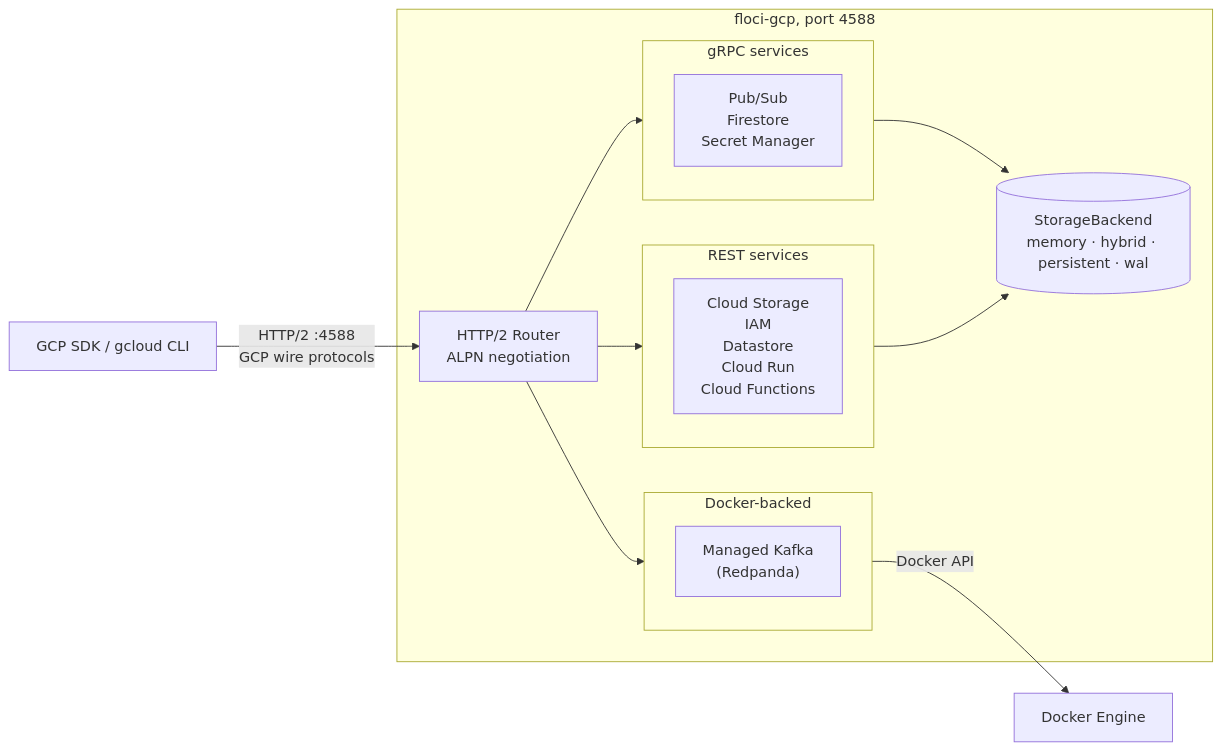
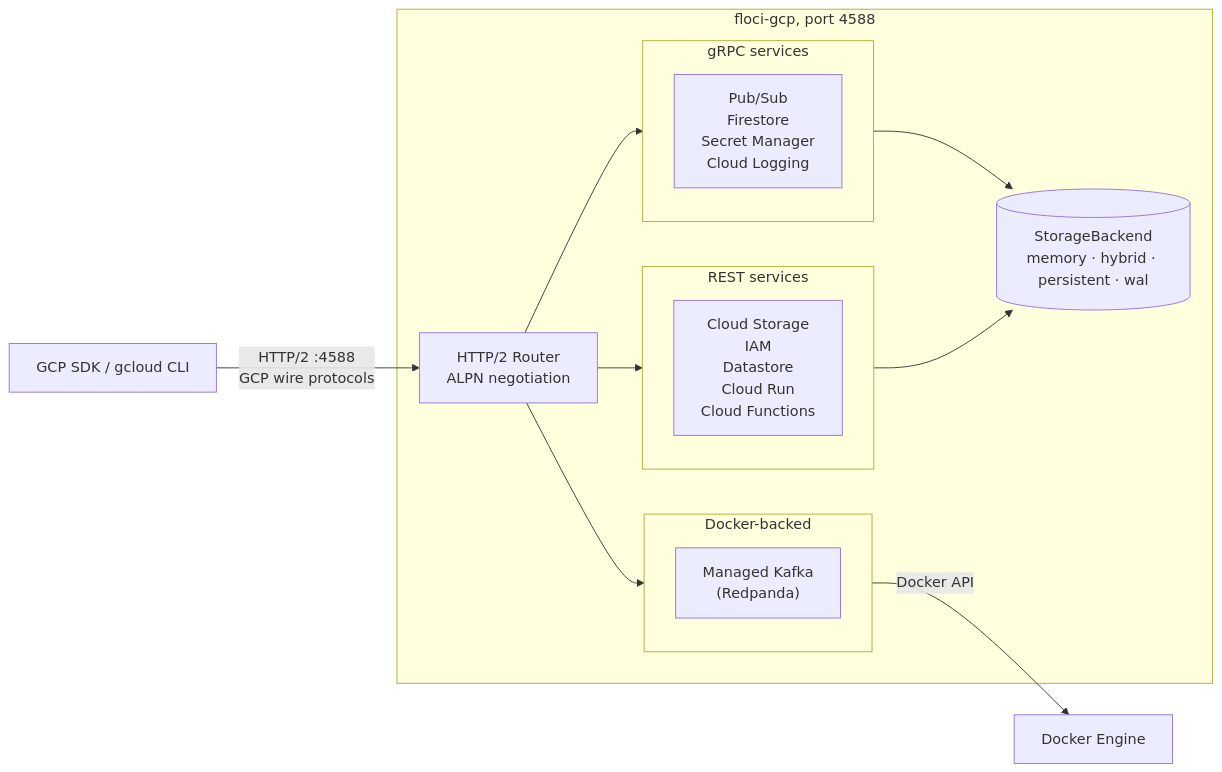
One commit to floci-io/floci-gcp changed the diagram in README.md. Above: the diagram before and after it, drawn with Mermaid. The commit also changed other lines of this file and 29 other files, not shown here.

First line of the commit message:
feat(logging): implement Cloud Logging (gRPC + REST) (#51)

````diff
--- a/README.md
+++ b/README.md
@@ -143,29 +144,29 @@
 ```mermaid
 flowchart LR
     Client["GCP SDK / gcloud CLI"]
 
     subgraph FlociGCP ["floci-gcp, port 4588"]
         Router["HTTP/2 Router\nALPN negotiation"]
 
         subgraph GRPC ["gRPC services"]
-            A["Pub/Sub\nFirestore\nSecret Manager"]
+            A["Pub/Sub\nFirestore\nSecret Manager\nCloud Logging"]
         end
 
         subgraph REST ["REST services"]
             B["Cloud Storage\nIAM\nDatastore\nCloud Run\nCloud Functions"]
         end
 
         subgraph Docker ["Docker-backed"]
             C["Managed Kafka\n(Redpanda)"]
         end
 
         Router --> GRPC
         Router --> REST
         Router --> Docker
         GRPC & REST --> Store[("StorageBackend\nmemory · hybrid · persistent · wal")]
     end
 
     DockerEngine["Docker Engine"]
     Client -->|"HTTP/2 :4588\nGCP wire protocols"| Router
     Docker -->|"Docker API"| DockerEngine
 ```
````
